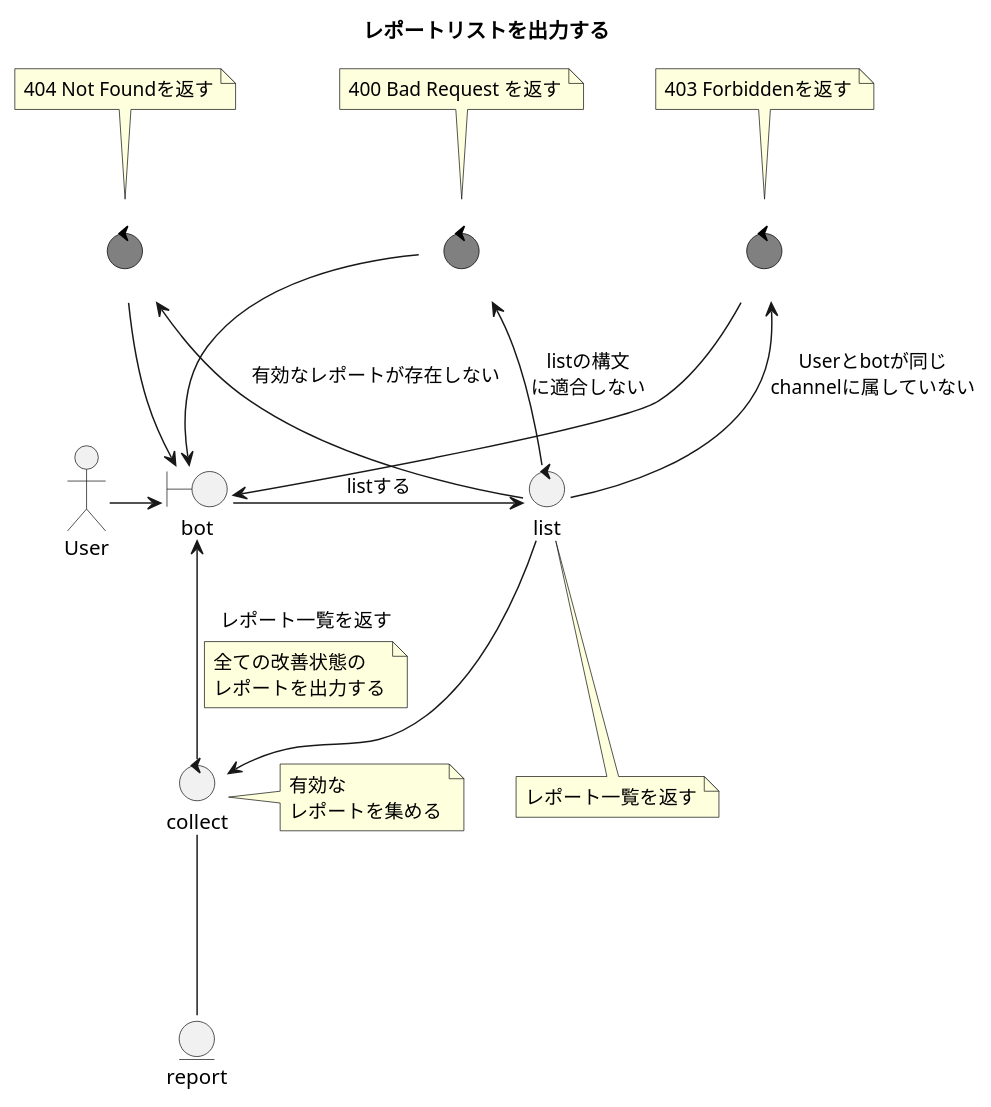
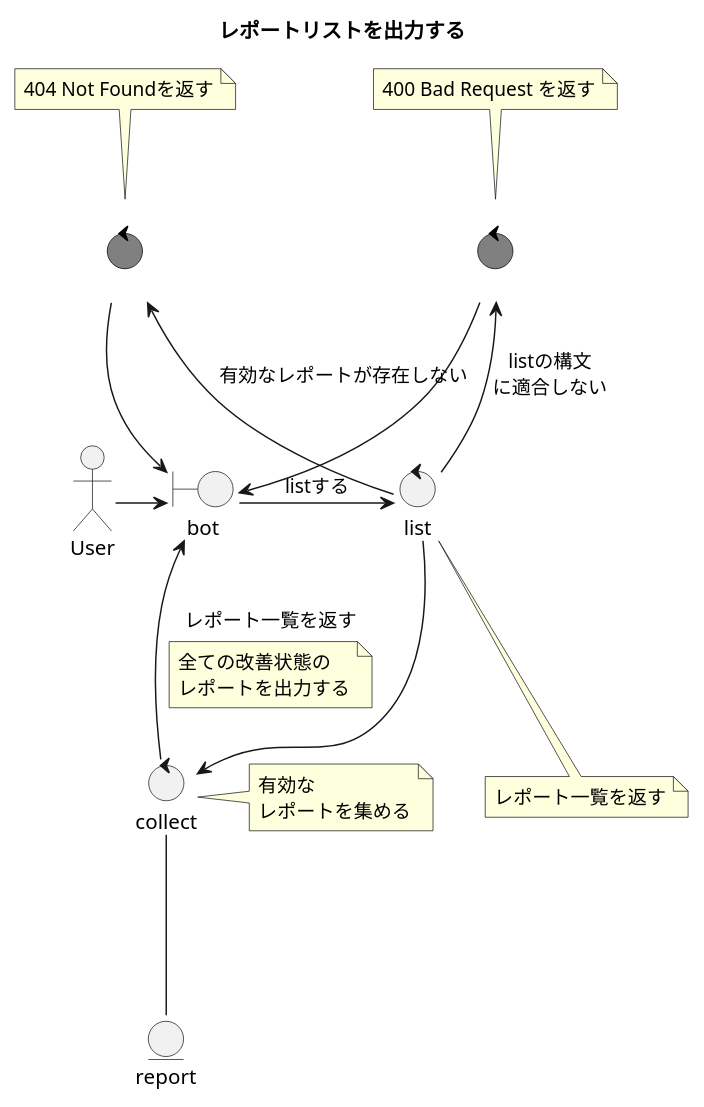
The diagram in 1.design/3.robustnesses/list-report.md (ito-masam/kpt-guard.doc), drawn with PlantUML before and after one commit. The commit also changed 15 other files, not shown here.

```diff
--- a/1.design/3.robustnesses/list-report.md
+++ b/1.design/3.robustnesses/list-report.md
@@ -1,60 +1,53 @@
 @startuml
 
     ' ----------- meta
     title レポートリストを出力する
 
     skinparam {
       ControlFontColor<<error>> white
       ControlFontName<<error>> Verdana
       ControlBackgroundColor<<error>> gray
       ControlBorderColor<<error>> black
     }
 
     actor User
     boundary bot
     control list
     note bottom of list
         レポート一覧を返す
     end note
     control collect
     note right of collect
         有効な
         レポートを集める
     end note
     entity report
 
 
     ' ----------- main
     User -right-> bot
     bot -right--> list : listする
     list --> collect
     collect --- report
     collect --> bot : レポート一覧を返す
     note on link
         全ての改善状態の
         レポートを出力する
     end note
 
     ' ----------- alternative
     control error400 <<error>>
     note top of error400
         400 Bad Request を返す
     end note
     list -up-> error400 : listの構文\nに適合しない
     error400 --> bot
 
-    control error403 <<error>>
-    note top of error403
-        403 Forbiddenを返す
-    end note
-    list -up->  error403 : Userとbotが同じ\nchannelに属していない
-    error403 --> bot
-
     control error404 <<error>>
     note top of error404
         404 Not Foundを返す
     end note
     list -up-> error404 : 有効なレポートが存在しない
     error404 --> bot
 
 @enduml
```
